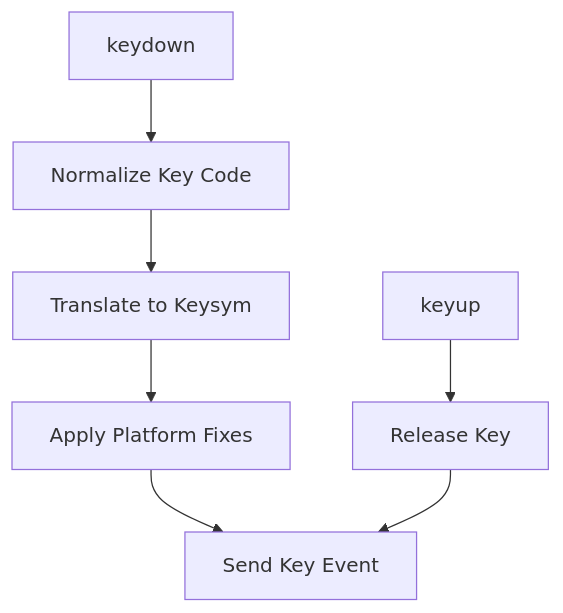
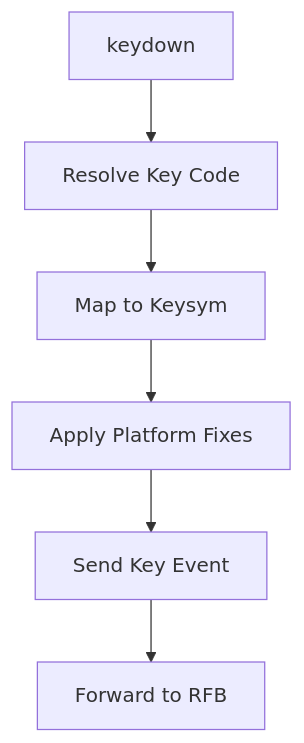
The third of 3 diagrams in docs/reference/architecture/input-handlers/input-handlers.md (Ylianst/MeshCentral), drawn with Mermaid before and after one commit. The commit also changed other lines of this file and 642 other files, not shown here.

````diff
--- a/docs/reference/architecture/input-handlers/input-handlers.md
+++ b/docs/reference/architecture/input-handlers/input-handlers.md
@@ -187,10 +136,8 @@
 ```mermaid
 flowchart TD
-    KeyDown["keydown"] --> NormalizeCode["Normalize Key Code"]
-    NormalizeCode --> TranslateKeysym["Translate to Keysym"]
-    TranslateKeysym --> PlatformFixes["Apply Platform Fixes"]
-    PlatformFixes --> SendEvent["Send Key Event"]
-
-    KeyUp["keyup"] --> ReleaseEvent["Release Key"]
-    ReleaseEvent --> SendEvent
+    KeyDown["keydown"] --> GetCode["Resolve Key Code"]
+    GetCode --> GetKeysym["Map to Keysym"]
+    GetKeysym --> PlatformFix["Apply Platform Fixes"]
+    PlatformFix --> SendEvent["Send Key Event"]
+    SendEvent --> RFB["Forward to RFB"]
 ```
````
